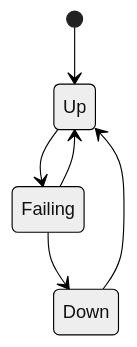
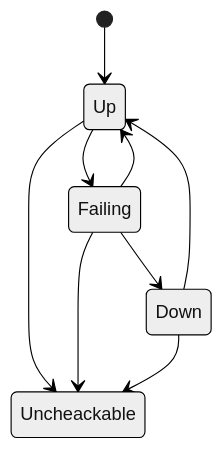
Before and after one commit to carnivuth/deployment_lifecycle_design_in_monitoring_applications: the diagram in graphs/condition_status.mmd, drawn with Mermaid (neutral theme). The commit also changed 4 other files, not shown here.

```diff
--- a/graphs/condition_status.mmd
+++ b/graphs/condition_status.mmd
@@ -1,7 +1,9 @@
 stateDiagram-v2
     [*] --> Up
     Up --> Failing
-
     Failing --> Down
     Failing --> Up
     Down --> Up
+    Up --> Uncheackable
+    Failing --> Uncheackable
+    Down --> Uncheackable
```
